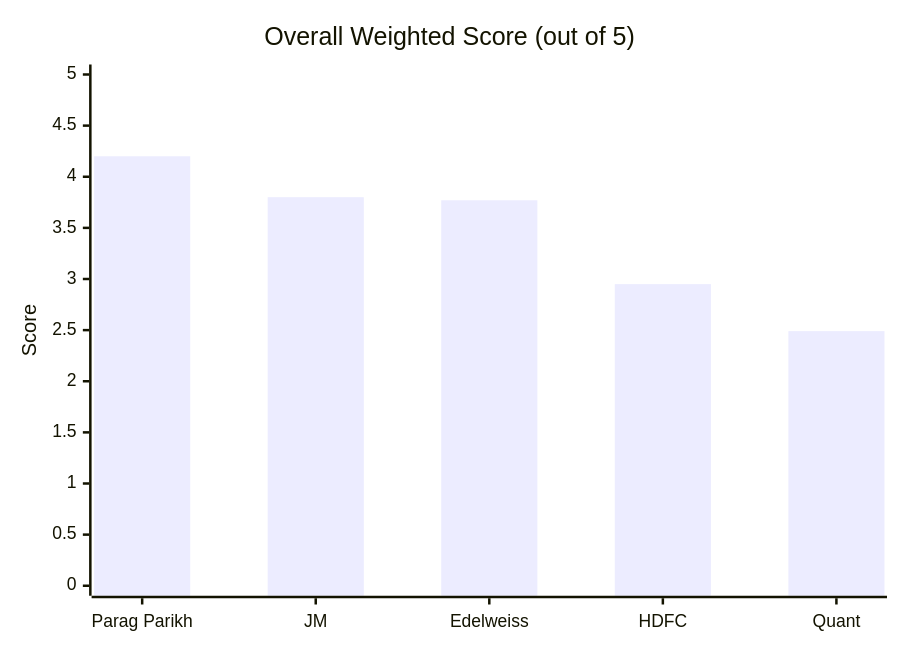
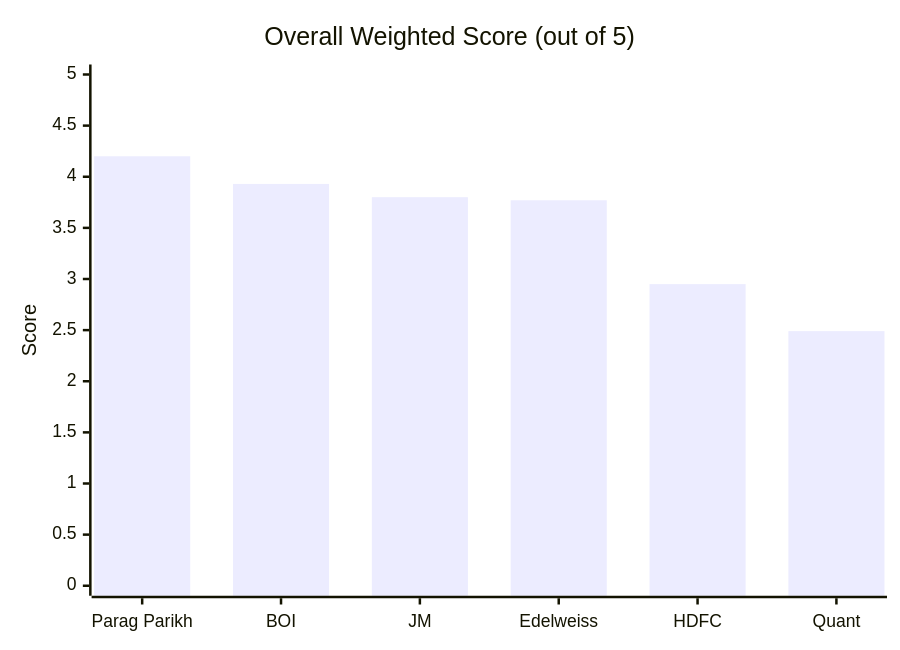
The first of 4 diagrams in Mutual Fund/FlexiCap/decision_tree.md (mayankutkarsh334/Investment), drawn with Mermaid before and after one commit. The commit also changed other lines of this file, not shown here.

First line of the commit message:
Refresh FlexiCap decision tree — integrate BOI as #2

````diff
--- a/Mutual Fund/FlexiCap/decision_tree.md
+++ b/Mutual Fund/FlexiCap/decision_tree.md
@@ -9,7 +11,7 @@
 ```mermaid
 xychart-beta
     title "Overall Weighted Score (out of 5)"
-    x-axis ["Parag Parikh", "JM", "Edelweiss", "HDFC", "Quant"]
+    x-axis ["Parag Parikh", "BOI", "JM", "Edelweiss", "HDFC", "Quant"]
     y-axis "Score" 0 --> 5
-    bar [4.20, 3.80, 3.77, 2.95, 2.49]
+    bar [4.20, 3.93, 3.80, 3.77, 2.95, 2.49]
 ```
````
